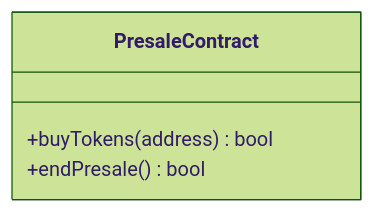
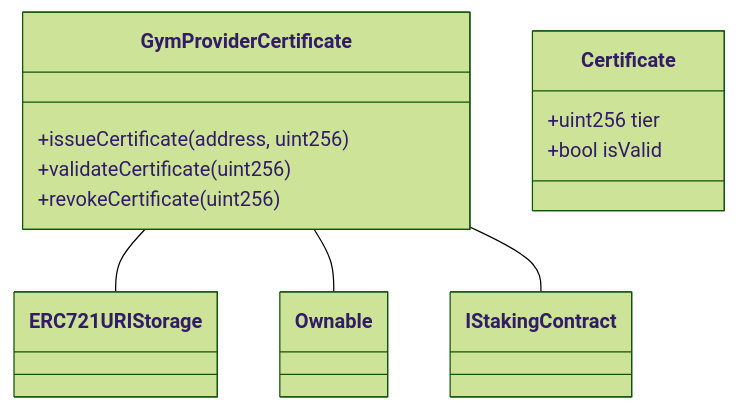
Before and after one commit to DeGym/documentation: the third of 6 diagrams in technical/smart-contracts.md, drawn with Mermaid. The commit also changed other lines of this file, not shown here.

````diff
--- a/technical/smart-contracts.md
+++ b/technical/smart-contracts.md
@@ -111,9 +252,17 @@
 ```mermaid
 %%{init: {'theme': 'forest'}}%%
 
 classDiagram
-    class PresaleContract {
-      +buyTokens(address) bool
-      +endPresale() bool
+    class GymProviderCertificate {
+      +issueCertificate(address, uint256)
+      +validateCertificate(uint256)
+      +revokeCertificate(uint256)
     }
+    GymProviderCertificate -- ERC721URIStorage
+    GymProviderCertificate -- Ownable
+    class Certificate {
+      +uint256 tier
+      +bool isValid
+    }
+    GymProviderCertificate -- IStakingContract
 ```
````
